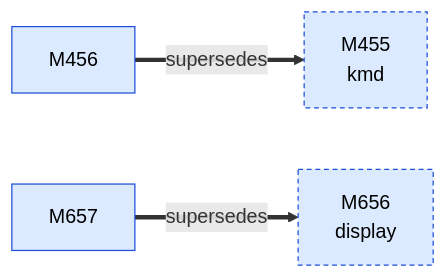
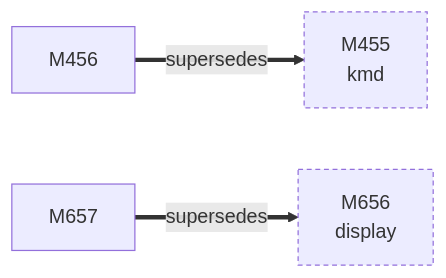
Before and after one commit to D-Ogi/amdgpu-wddm: the first of 2 diagrams in docs/facts/graphs/tooling.md, drawn with Mermaid. The commit also changed other lines of this file and 9 other files, not shown here.

First line of the commit message:
docs/facts: plain graph nodes, no status colouring

````diff
--- a/docs/facts/graphs/tooling.md
+++ b/docs/facts/graphs/tooling.md
@@ -9,15 +9,11 @@
 ```mermaid
 flowchart LR
-  M455["M455<br/>kmd"]:::MEASURED
-  M456["M456"]:::MEASURED
-  M656["M656<br/>display"]:::MEASURED
-  M657["M657"]:::MEASURED
+  M455["M455<br/>kmd"]
+  M456["M456"]
+  M656["M656<br/>display"]
+  M657["M657"]
   M456 ==>|supersedes| M455
   M657 ==>|supersedes| M656
-  classDef HYPOTHESIS fill:#fff3c4,stroke:#9a7b00,color:#000
-  classDef MEASURED fill:#dbeafe,stroke:#1d4ed8,color:#000
-  classDef CONFIRMED fill:#d1fae5,stroke:#047857,color:#000
-  classDef REFUTED fill:#fee2e2,stroke:#b91c1c,color:#000
   classDef other stroke-dasharray:4 3
   class M455,M656 other
 ```
````
